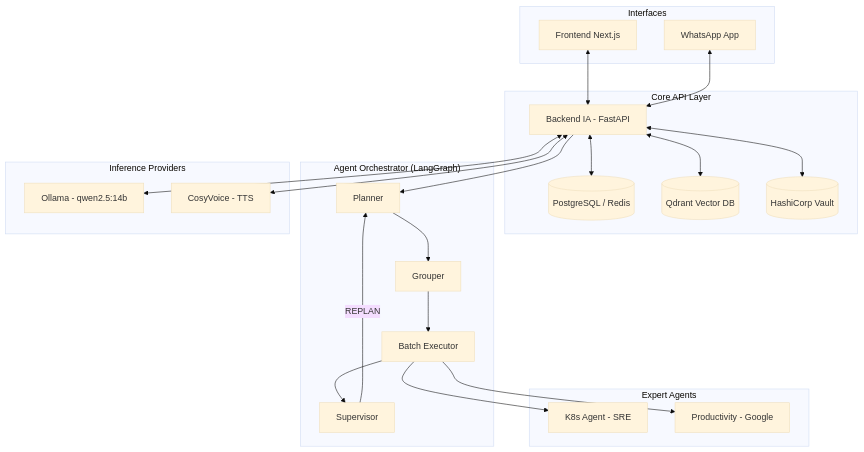
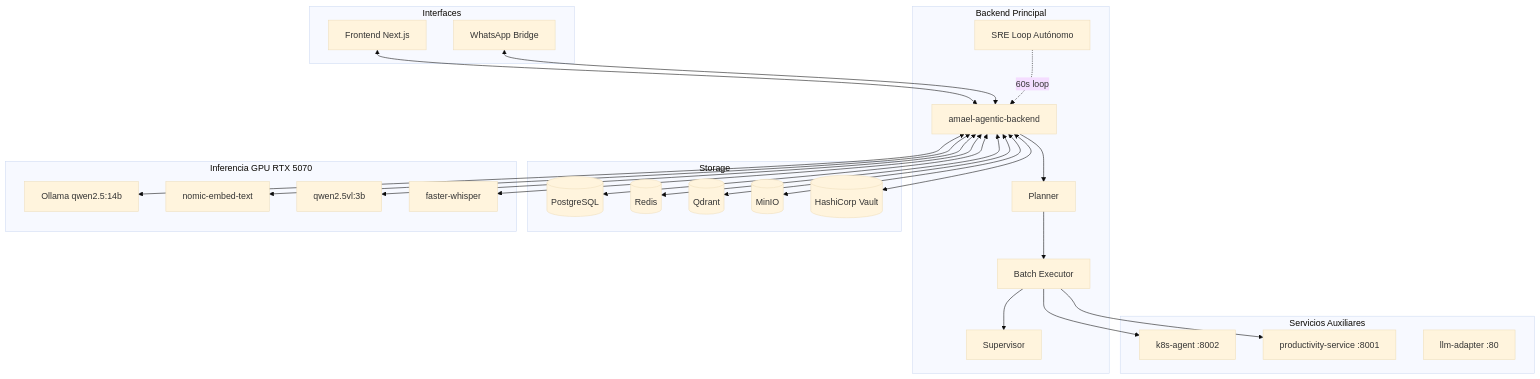
The diagram in README.md (ricardogs26/amael-ia), drawn with Mermaid (base theme) before and after one commit. The commit also changed other lines of this file, not shown here.

````diff
--- a/README.md
+++ b/README.md
@@ -62,38 +42,43 @@
 ```mermaid
 graph TD
     subgraph "Interfaces"
         UI[Frontend Next.js]
-        WA[WhatsApp App]
+        WA[WhatsApp Bridge]
     end
 
-    subgraph "Core API Layer"
-        BE[Backend IA - FastAPI]
-        DB[(PostgreSQL / Redis)]
-        VS[(Qdrant Vector DB)]
-        VA[(HashiCorp Vault)]
+    subgraph "Backend Principal"
+        BE[amael-agentic-backend]
+        PLAN[Planner]
+        EXEC[Batch Executor]
+        SUP[Supervisor]
+        SRE[SRE Loop Autónomo]
     end
 
-    subgraph "Agent Orchestrator (LangGraph)"
-        BE --> PLAN[Planner]
-        PLAN --> GRP[Grouper]
-        GRP --> EXEC[Batch Executor]
-        EXEC --> SUP[Supervisor]
-        SUP -- REPLAN --> PLAN
+    subgraph "Servicios Auxiliares"
+        K8S[k8s-agent :8002]
+        PROD[productivity-service :8001]
+        LLM[llm-adapter :80]
     end
 
-    subgraph "Expert Agents"
-        K8S[K8s Agent - SRE]
-        PROD[Productivity - Google]
+    subgraph "Storage"
+        PG[(PostgreSQL)]
+        RD[(Redis)]
+        QD[(Qdrant)]
+        MN[(MinIO)]
+        VT[(HashiCorp Vault)]
     end
 
-    subgraph "Inference Providers"
-        OL[Ollama - qwen2.5:14b]
-        CV[CosyVoice - TTS]
+    subgraph "Inferencia GPU RTX 5070"
+        OL[Ollama qwen2.5:14b]
+        EMB[nomic-embed-text]
+        VIS[qwen2.5vl:3b]
+        WH[faster-whisper]
     end
 
-    %% Connectivity
     UI & WA <--> BE
-    BE <--> DB & VS & VA
-    BE <--> OL & CV
+    BE --> PLAN --> EXEC --> SUP
     EXEC --> K8S & PROD
+    BE <--> PG & RD & QD & MN & VT
+    BE <--> OL & EMB & VIS & WH
+    SRE -.->|60s loop| BE
 ```
````
